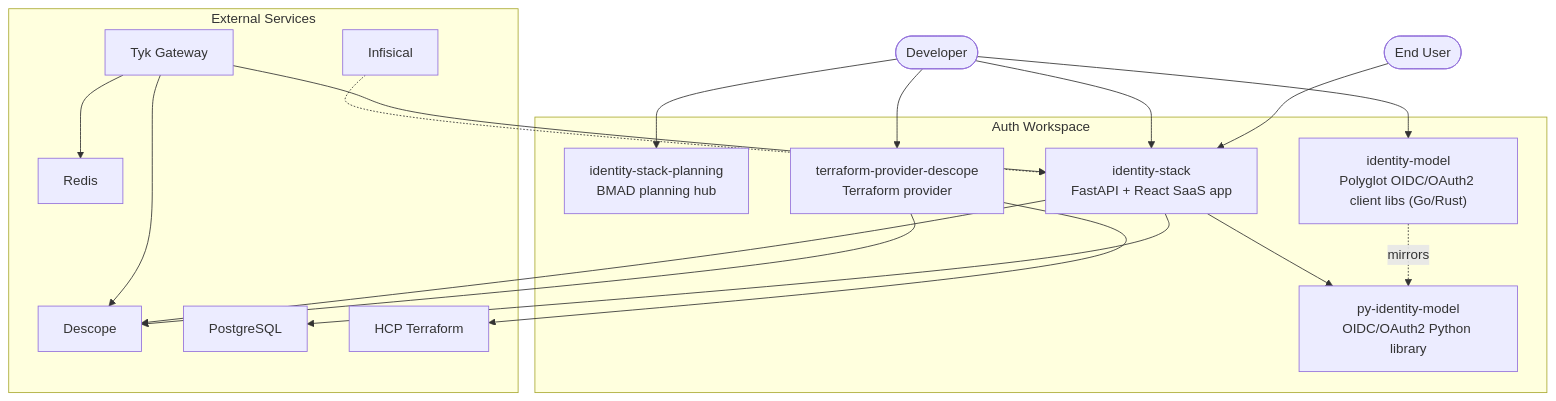
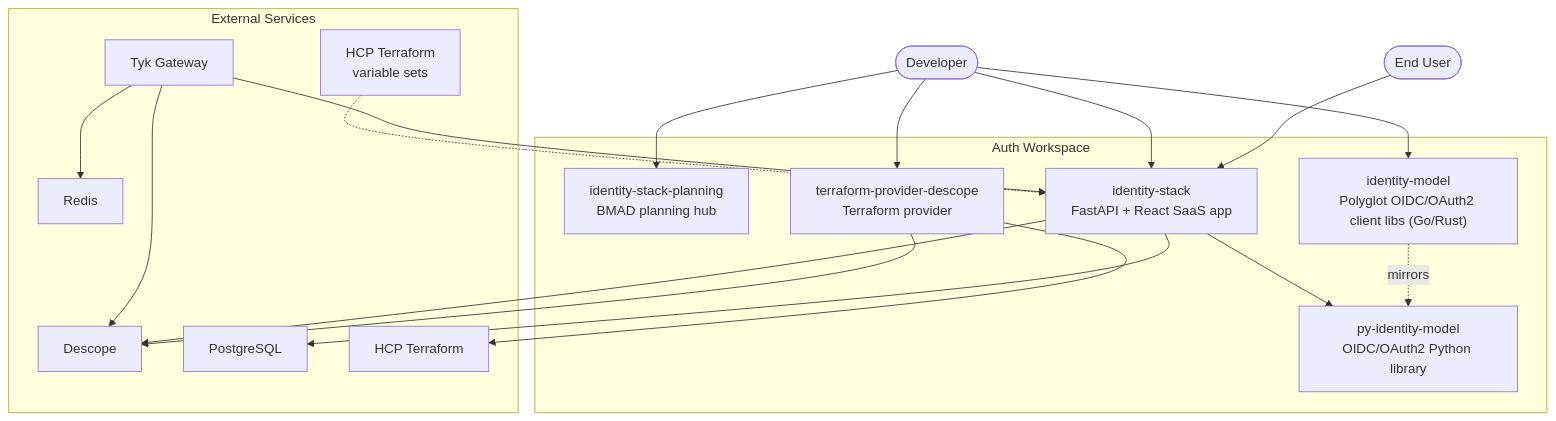
One commit to jamescrowley321/identity-stack-planning changed the first of 5 diagrams in docs/system-architecture.md. Above: the diagram before and after it, drawn with Mermaid. The commit also changed other lines of this file and 25 other files, not shown here.

````diff
--- a/docs/system-architecture.md
+++ b/docs/system-architecture.md
@@ -7,39 +7,39 @@
 ```mermaid
 graph TB
     dev(["Developer"])
     user(["End User"])
 
     subgraph workspace["Auth Workspace"]
         ap["identity-stack-planning<br/>BMAD planning hub"]
         pim["py-identity-model<br/>OIDC/OAuth2 Python library"]
         tfp["terraform-provider-descope<br/>Terraform provider"]
         is["identity-stack<br/>FastAPI + React SaaS app"]
         im["identity-model<br/>Polyglot OIDC/OAuth2 client libs (Go/Rust)"]
     end
 
     subgraph external["External Services"]
         descope["Descope"]
         pg["PostgreSQL"]
         redis["Redis"]
         tyk["Tyk Gateway"]
-        infisical["Infisical"]
+        varsets["HCP Terraform<br/>variable sets"]
         hcp["HCP Terraform"]
     end
 
     dev --> ap
     dev --> tfp
     dev --> is
     dev --> im
     user --> is
 
     is --> pim
     im -.->|mirrors| pim
     is --> descope
     is --> pg
     tfp --> descope
     tfp --> hcp
-    infisical -.-> is
+    varsets -.-> is
     tyk --> is
     tyk --> descope
     tyk --> redis
 ```
````
